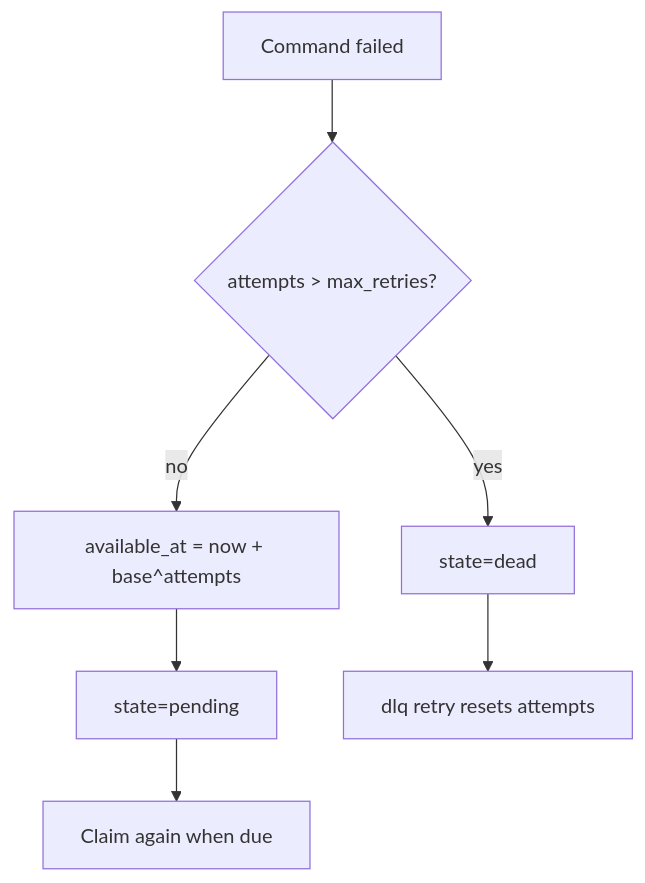
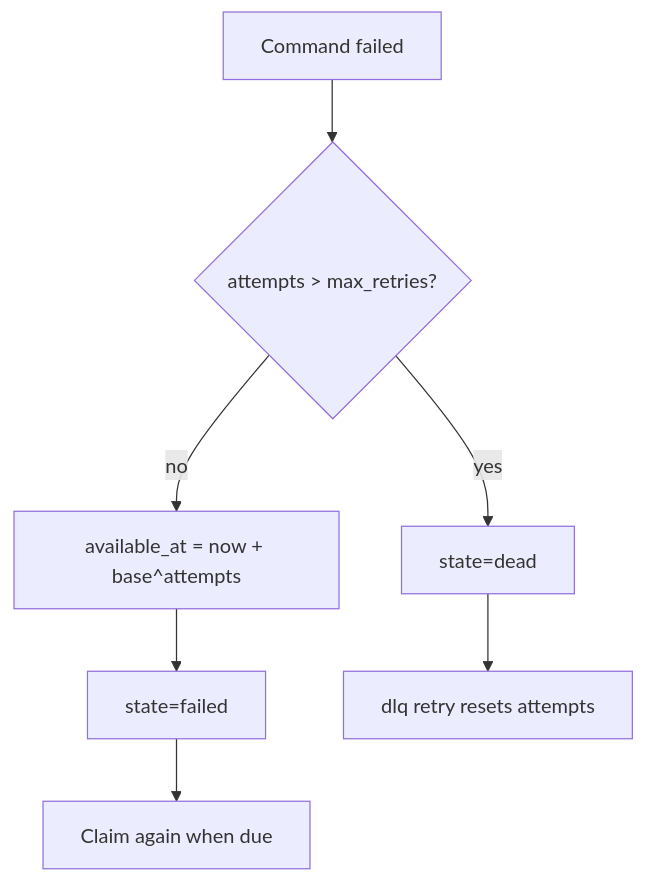
One commit to tejash05/queuectl changed the sixth of 10 diagrams in README.md. Above: the diagram before and after it, drawn with Mermaid. The commit also changed other lines of this file and 25 other files, not shown here.

````diff
--- a/README.md
+++ b/README.md
@@ -244,9 +247,9 @@
 ```mermaid
 flowchart TB
   Fail[Command failed] --> Check{attempts > max_retries?}
   Check -->|no| Delay["available_at = now + base^attempts"]
-  Delay --> Pending[state=pending]
-  Pending --> Later[Claim again when due]
+  Delay --> Failed[state=failed]
+  Failed --> Later[Claim again when due]
   Check -->|yes| DLQ[state=dead]
   DLQ --> Manual[dlq retry resets attempts]
 ```
````
